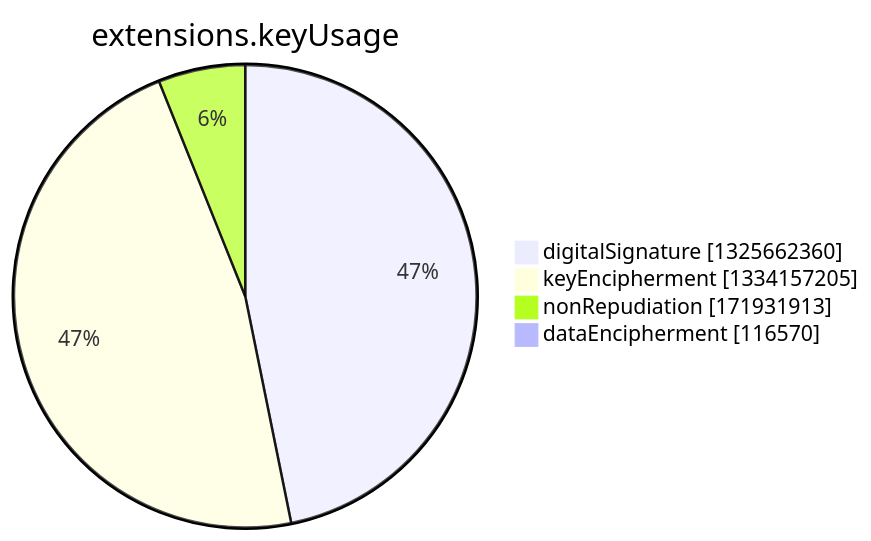
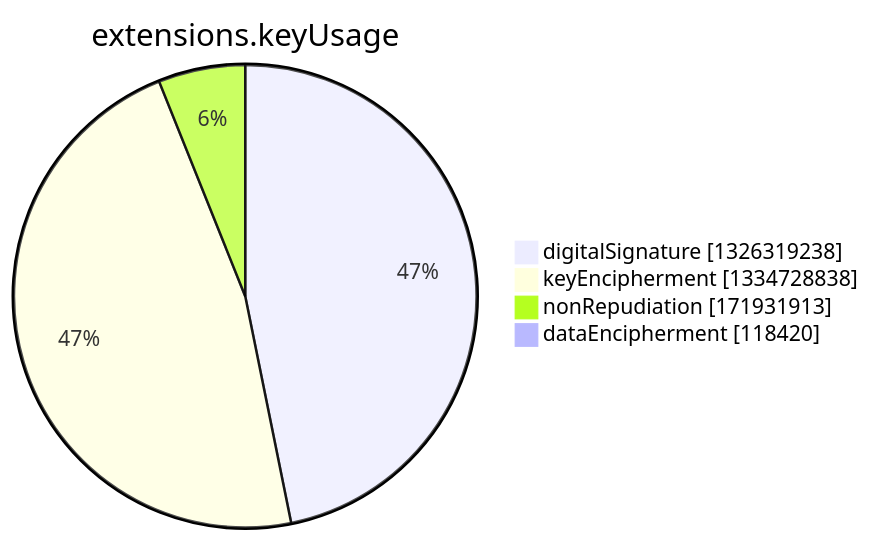
One commit to christiankrug/ctmonitor_visualization changed the seventh of 15 diagrams in argon2022/README.md. Above: the diagram before and after it, drawn with Mermaid. The commit also changed other lines of this file, not shown here.

````diff
--- a/argon2022/README.md
+++ b/argon2022/README.md
@@ -2750,8 +2750,8 @@
 ```mermaid
 pie showData
 title extensions.keyUsage
-"digitalSignature" :1325662360
-"keyEncipherment" :1334157205
+"digitalSignature" :1326319238
+"keyEncipherment" :1334728838
 "nonRepudiation" :171931913
-"dataEncipherment" :116570
+"dataEncipherment" :118420
 ```
````
